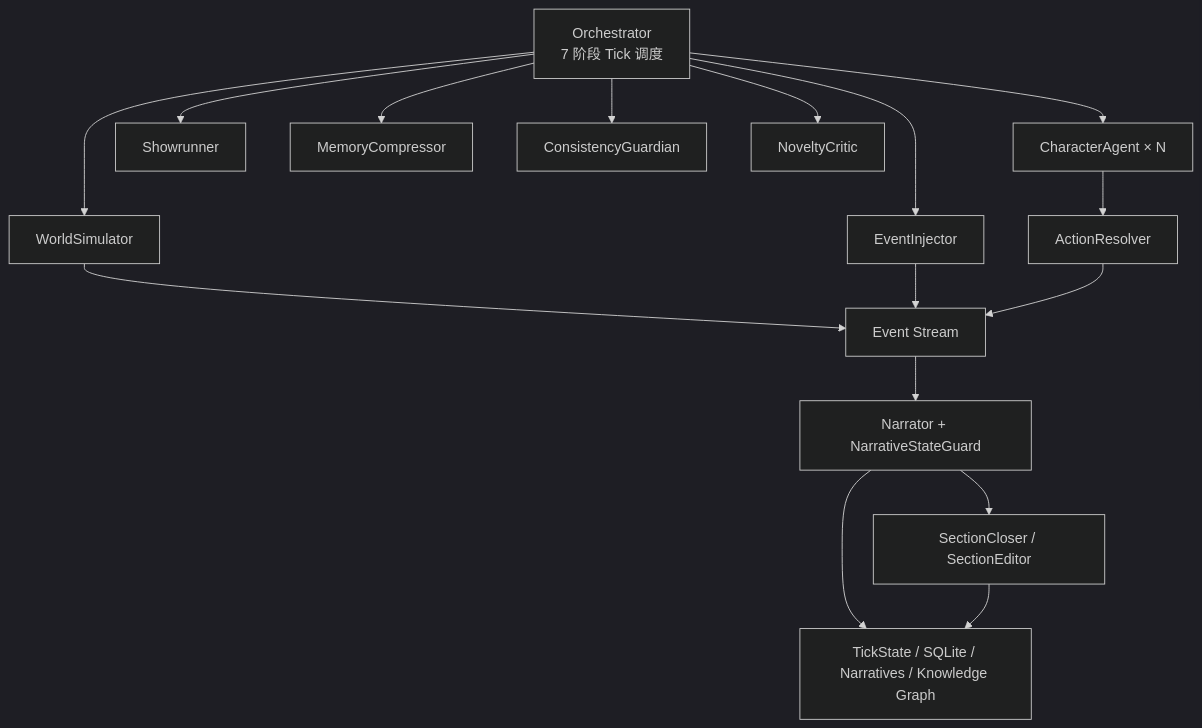
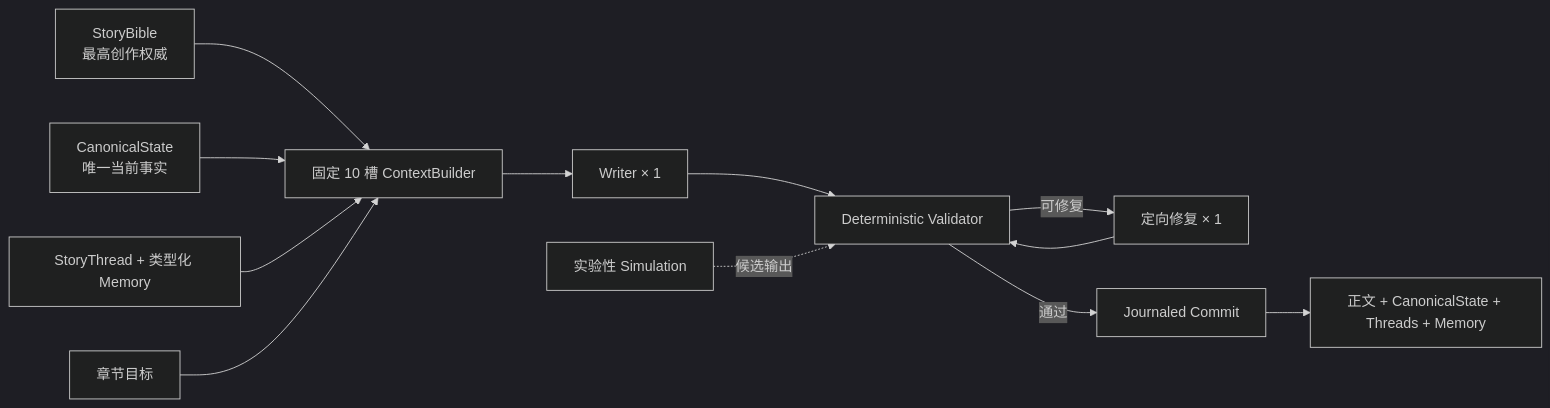
Before and after one commit to namelessawa/novel_auto: the diagram in README.md, drawn with Mermaid (dark theme). The commit also changed other lines of this file and 52 other files, not shown here.

````diff
--- a/README.md
+++ b/README.md
@@ -20,18 +22,14 @@
 ```mermaid
-flowchart TD
-    O["Orchestrator<br/>7 阶段 Tick 调度"] --> W["WorldSimulator"]
-    O --> E["EventInjector"]
-    O --> C["CharacterAgent × N"]
-    W --> S["Event Stream"]
-    E --> S
-    C --> R["ActionResolver"]
-    R --> S
-    S --> N["Narrator + NarrativeStateGuard"]
-    N --> SC["SectionCloser / SectionEditor"]
-    O --> SR["Showrunner"]
-    O --> MC["MemoryCompressor"]
-    O --> CG["ConsistencyGuardian"]
-    O --> NC["NoveltyCritic"]
-    N --> P["TickState / SQLite / Narratives / Knowledge Graph"]
-    SC --> P
+flowchart LR
+    B["StoryBible\n最高创作权威"] --> C["固定 10 槽 ContextBuilder"]
+    S["CanonicalState\n唯一当前事实"] --> C
+    T["StoryThread + 类型化 Memory"] --> C
+    G["章节目标"] --> C
+    C --> W["Writer × 1"]
+    W --> V["Deterministic Validator"]
+    V -->|"可修复"| R["定向修复 × 1"]
+    R --> V
+    V -->|"通过"| J["Journaled Commit"]
+    J --> O["正文 + CanonicalState + Threads + Memory"]
+    X["实验性 Simulation"] -. "候选输出" .-> V
 ```
````
